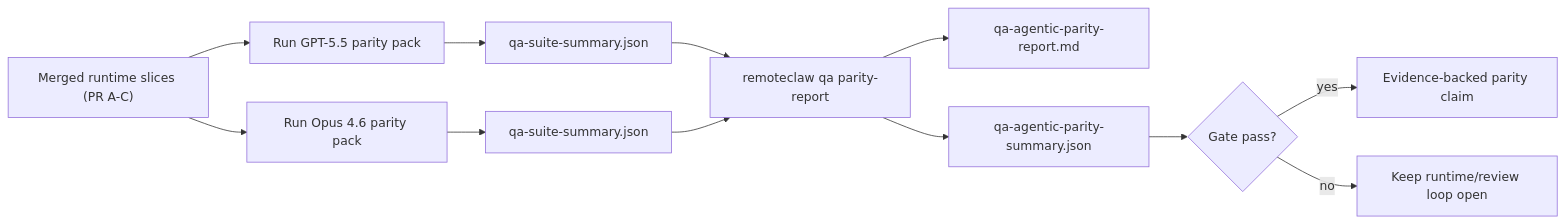
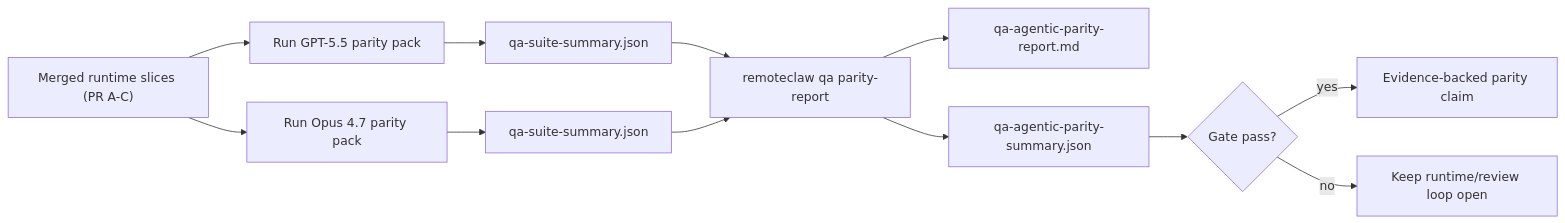
The second of 2 diagrams in docs/help/gpt55-codex-agentic-parity.md (remoteclaw/remoteclaw), drawn with Mermaid before and after one commit. The commit also changed other lines of this file and 730 other files, not shown here.

````diff
--- a/docs/help/gpt55-codex-agentic-parity.md
+++ b/docs/help/gpt55-codex-agentic-parity.md
@@ -122,14 +122,14 @@
 ```mermaid
 flowchart LR
     A["Merged runtime slices (PR A-C)"] --> B["Run GPT-5.5 parity pack"]
-    A --> C["Run Opus 4.6 parity pack"]
+    A --> C["Run Opus 4.7 parity pack"]
     B --> D["qa-suite-summary.json"]
     C --> E["qa-suite-summary.json"]
     D --> F["remoteclaw qa parity-report"]
     E --> F
     F --> G["qa-agentic-parity-report.md"]
     F --> H["qa-agentic-parity-summary.json"]
     H --> I{"Gate pass?"}
     I -- "yes" --> J["Evidence-backed parity claim"]
     I -- "no" --> K["Keep runtime/review loop open"]
 ```
````
